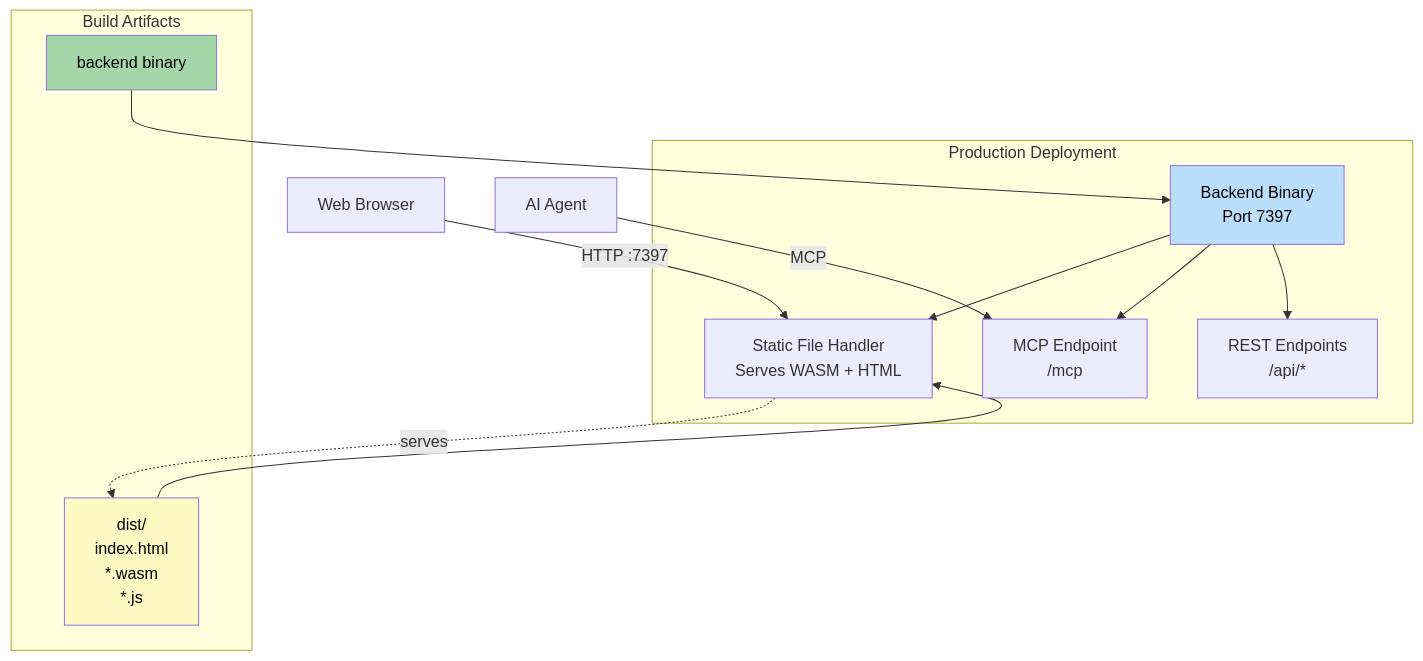
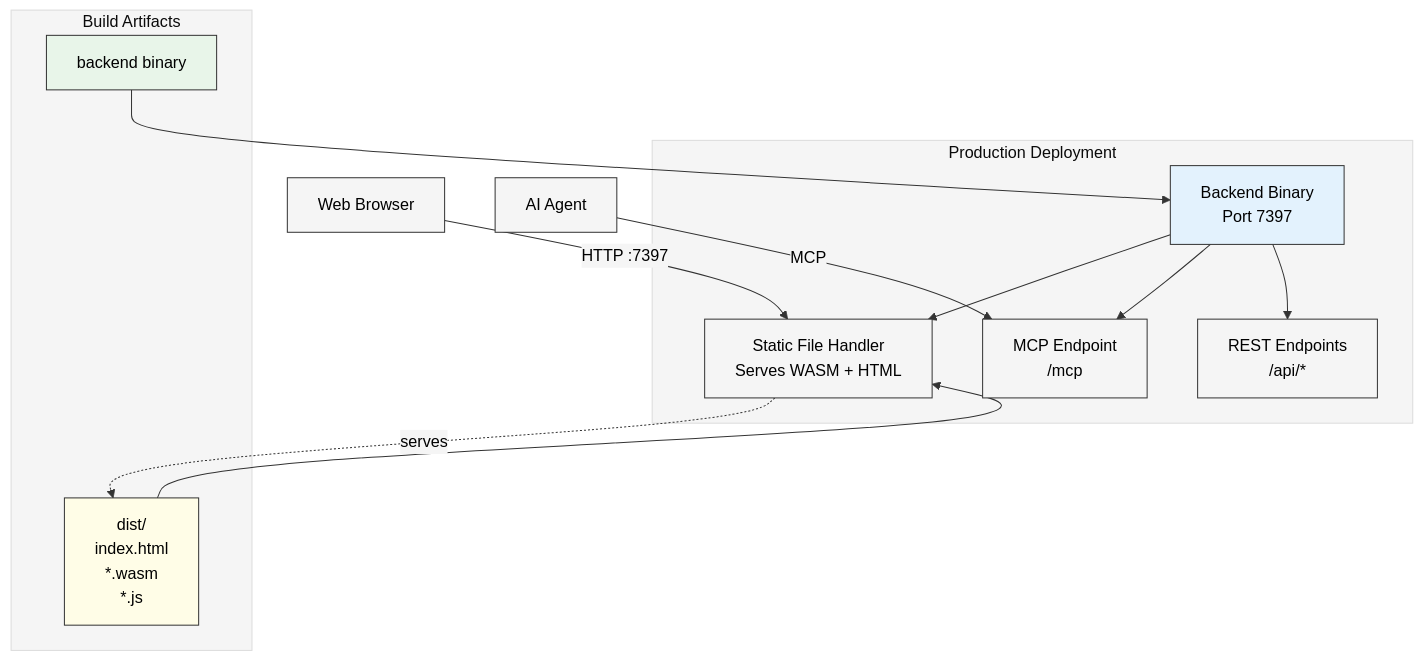
The sixth of 6 diagrams in wiki/Architecture-Overview.md (sw-game-dev/game-mcp-poc), drawn with Mermaid before and after one commit. The commit also changed other lines of this file and 6 other files, not shown here.

First line of the commit message:
fix: Improve mermaid diagram contrast with theme and lighter colors

````diff
--- a/wiki/Architecture-Overview.md
+++ b/wiki/Architecture-Overview.md
@@ -311,29 +316,30 @@
 ```mermaid
+%%{init: {'theme':'base', 'themeVariables': {'primaryColor':'#f5f5f5','primaryTextColor':'#000','primaryBorderColor':'#333','lineColor':'#333','secondaryColor':'#f5f5f5','tertiaryColor':'#f5f5f5'}}}%%
 graph TB
     subgraph "Production Deployment"
         Server[Backend Binary<br/>Port 7397]
         Static[Static File Handler<br/>Serves WASM + HTML]
         MCPEndpoint[MCP Endpoint<br/>/mcp]
         APIEndpoint[REST Endpoints<br/>/api/*]
 
         Server --> Static
         Server --> MCPEndpoint
         Server --> APIEndpoint
     end
 
     subgraph "Build Artifacts"
         BinExe[backend binary]
         WASMFiles[dist/<br/>index.html<br/>*.wasm<br/>*.js]
     end
 
     BinExe --> Server
     WASMFiles --> Static
 
     Client[Web Browser] -->|HTTP :7397| Static
     Agent[AI Agent] -->|MCP| MCPEndpoint
     Static -.serves.-> WASMFiles
 
-    style Server fill:#bbdefb,color:#000
-    style BinExe fill:#a5d6a7,color:#000
-    style WASMFiles fill:#fff9c4,color:#000
+    style Server fill:#e3f2fd,color:#000
+    style BinExe fill:#e8f5e9,color:#000
+    style WASMFiles fill:#fffde7,color:#000
 ```
````
